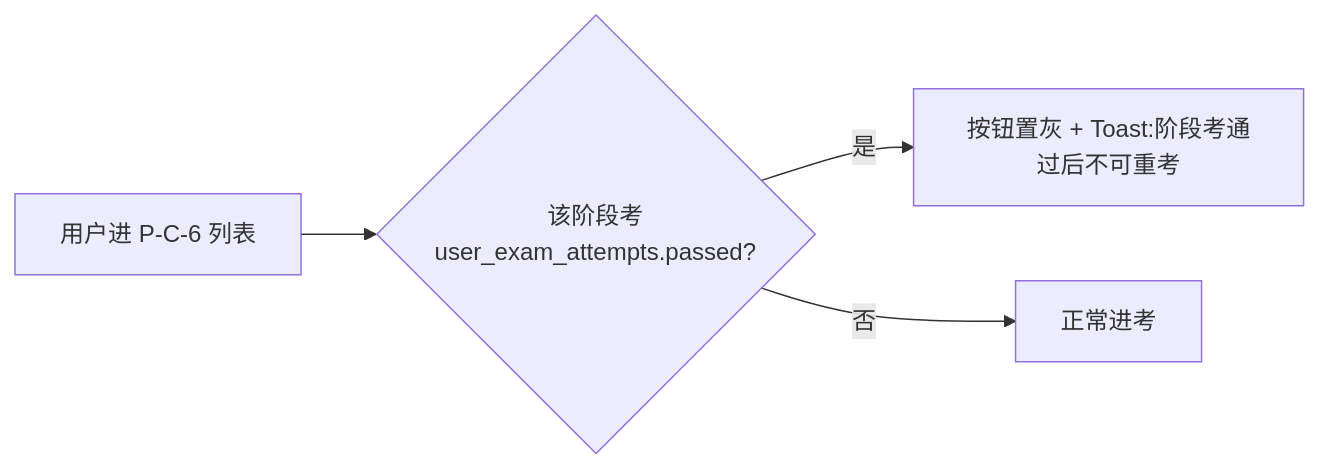
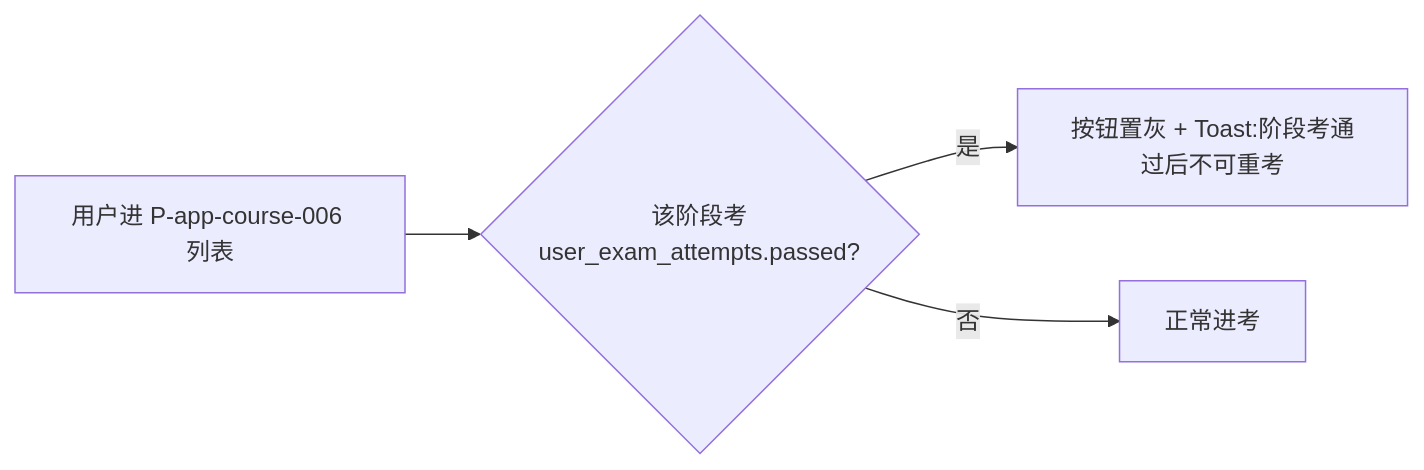
Before and after one commit to foryou2026/chinese: the fifth of 7 diagrams in docs/C01-requirements/course/flows/exception-flow.md, drawn with Mermaid. The commit also changed other lines of this file and 423 other files, not shown here.

````diff
--- a/docs/C01-requirements/course/flows/exception-flow.md
+++ b/docs/C01-requirements/course/flows/exception-flow.md
@@ -52,6 +52,6 @@
 ```mermaid
 flowchart LR
-  A[用户进 P-C-6 列表] --> B{该阶段考<br/>user_exam_attempts.passed?}
+  A[用户进 P-app-course-006 列表] --> B{该阶段考<br/>user_exam_attempts.passed?}
   B -- 是 --> C[按钮置灰 + Toast:阶段考通过后不可重考]
   B -- 否 --> D[正常进考]
 ```
````
